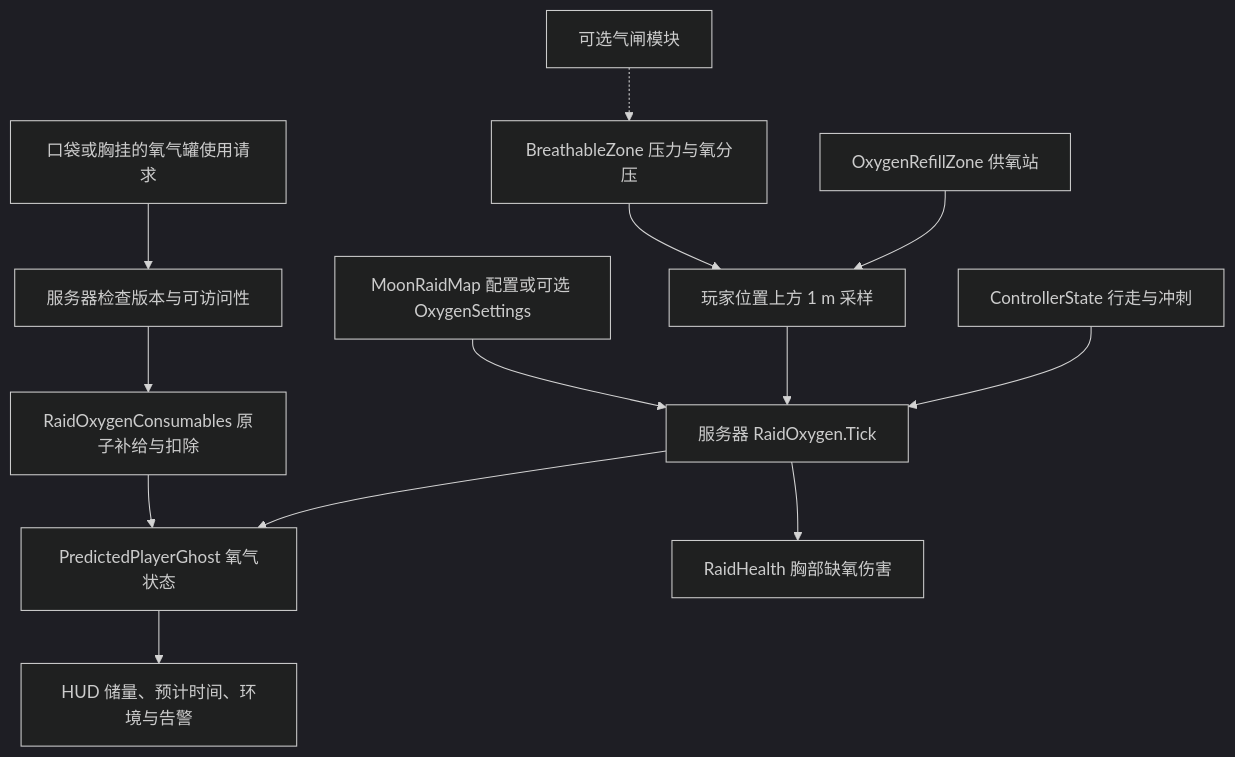
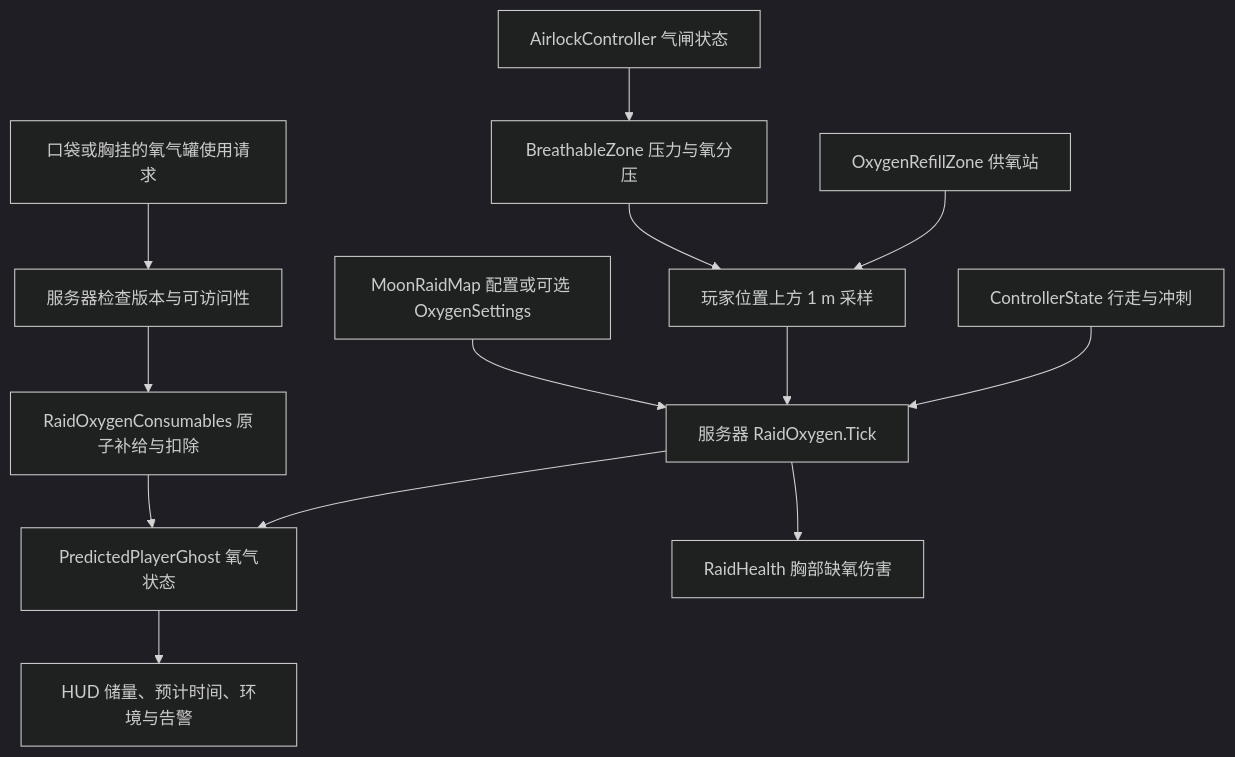
Before and after one commit to MorrowHome/Moonkov: the diagram in Docs/OxygenSystem.md, drawn with Mermaid (dark theme). The commit also changed other lines of this file and 510 other files, not shown here.

````diff
--- a/Docs/OxygenSystem.md
+++ b/Docs/OxygenSystem.md
@@ -5,15 +5,15 @@
 ```mermaid
 flowchart TD
     Map[MoonRaidMap 配置或可选 OxygenSettings] --> Tick[服务器 RaidOxygen.Tick]
     Room[BreathableZone 压力与氧分压] --> Sample[玩家位置上方 1 m 采样]
-    Airlock[可选气闸模块] -.-> Room
+    Airlock[AirlockController 气闸状态] --> Room
     Station[OxygenRefillZone 供氧站] --> Sample
     Sample --> Tick
     Motion[ControllerState 行走与冲刺] --> Tick
     Item[口袋或胸挂的氧气罐使用请求] --> Transaction[服务器检查版本与可访问性]
     Transaction --> Refill[RaidOxygenConsumables 原子补给与扣除]
     Refill --> State[PredictedPlayerGhost 氧气状态]
     Tick --> State
     Tick --> Health[RaidHealth 胸部缺氧伤害]
     State --> HUD[HUD 储量、预计时间、环境与告警]
 ```
````
